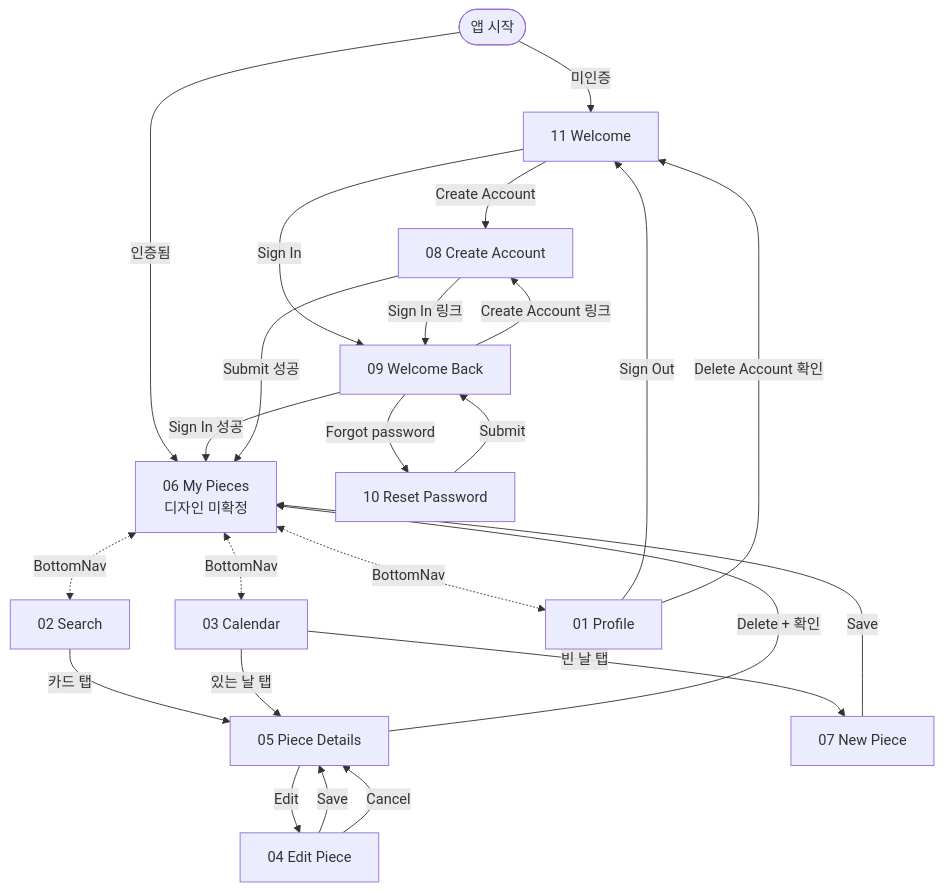
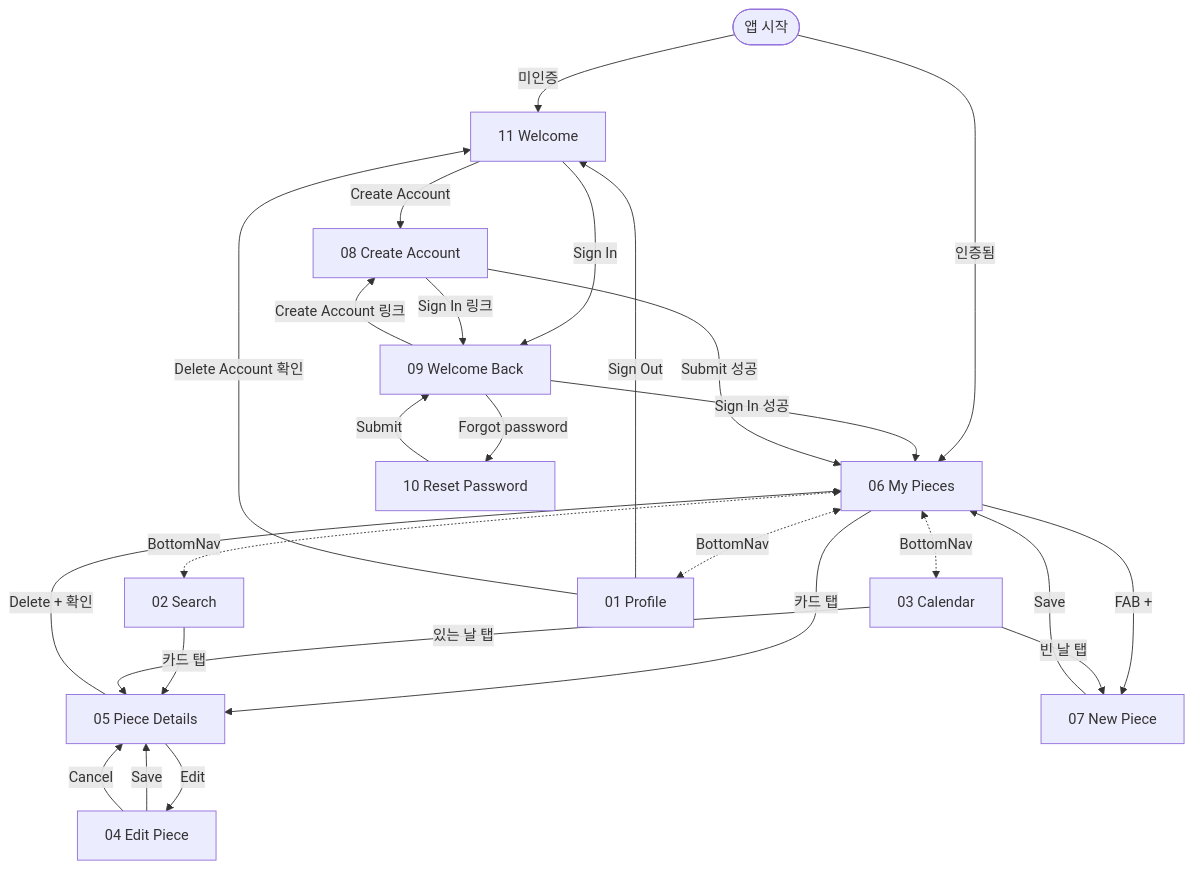
One commit to korca0220/wanting_apps changed the diagram in apps/daily_piece/docs/screens/00-INDEX.md. Above: the diagram before and after it, drawn with Mermaid. The commit also changed other lines of this file and 1 other file, not shown here.

````diff
--- a/apps/daily_piece/docs/screens/00-INDEX.md
+++ b/apps/daily_piece/docs/screens/00-INDEX.md
@@ -59,34 +59,36 @@
 ```mermaid
 flowchart TD
     AppInit([앱 시작])
     AppInit -->|미인증| Welcome[11 Welcome]
-    AppInit -->|인증됨| MyPieces[06 My Pieces<br/>디자인 미확정]
+    AppInit -->|인증됨| MyPieces[06 My Pieces]
 
     Welcome -->|Create Account| Create[08 Create Account]
     Welcome -->|Sign In| WelcomeBack[09 Welcome Back]
 
     WelcomeBack -->|Sign In 성공| MyPieces
     WelcomeBack -->|Forgot password| Reset[10 Reset Password]
     WelcomeBack -->|Create Account 링크| Create
     Reset -->|Submit| WelcomeBack
     Create -->|Submit 성공| MyPieces
     Create -->|Sign In 링크| WelcomeBack
 
     MyPieces <-.BottomNav.-> Calendar[03 Calendar]
     MyPieces <-.BottomNav.-> Search[02 Search]
     MyPieces <-.BottomNav.-> Profile[01 Profile]
 
-    Search -->|카드 탭| Details[05 Piece Details]
+    MyPieces -->|카드 탭| Details[05 Piece Details]
+    MyPieces -->|FAB +| NewPiece[07 New Piece]
+    Search -->|카드 탭| Details
     Calendar -->|있는 날 탭| Details
-    Calendar -->|빈 날 탭| NewPiece[07 New Piece]
+    Calendar -->|빈 날 탭| NewPiece
 
     Details -->|Edit| EditPiece[04 Edit Piece]
     Details -->|Delete + 확인| MyPieces
     EditPiece -->|Save| Details
     EditPiece -->|Cancel| Details
 
     NewPiece -->|Save| MyPieces
 
     Profile -->|Sign Out| Welcome
     Profile -->|Delete Account 확인| Welcome
 ```
````
